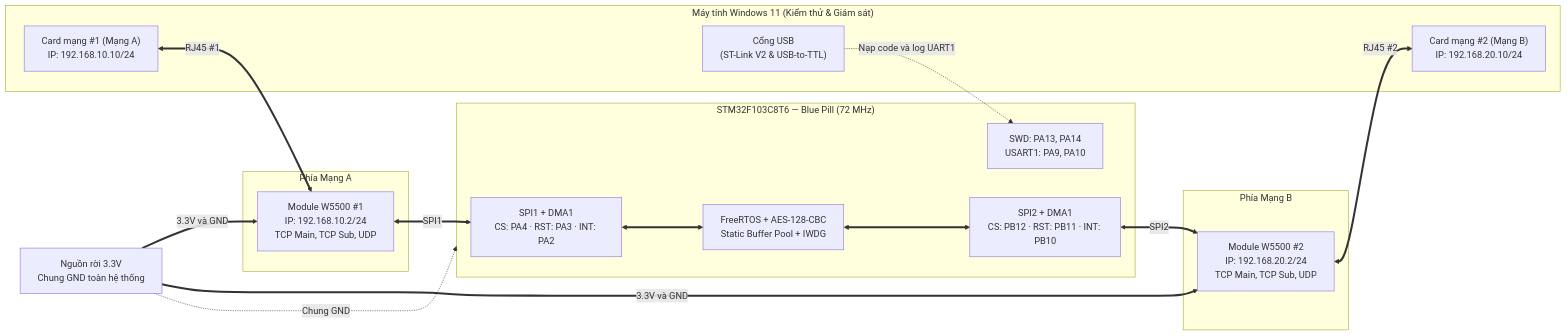
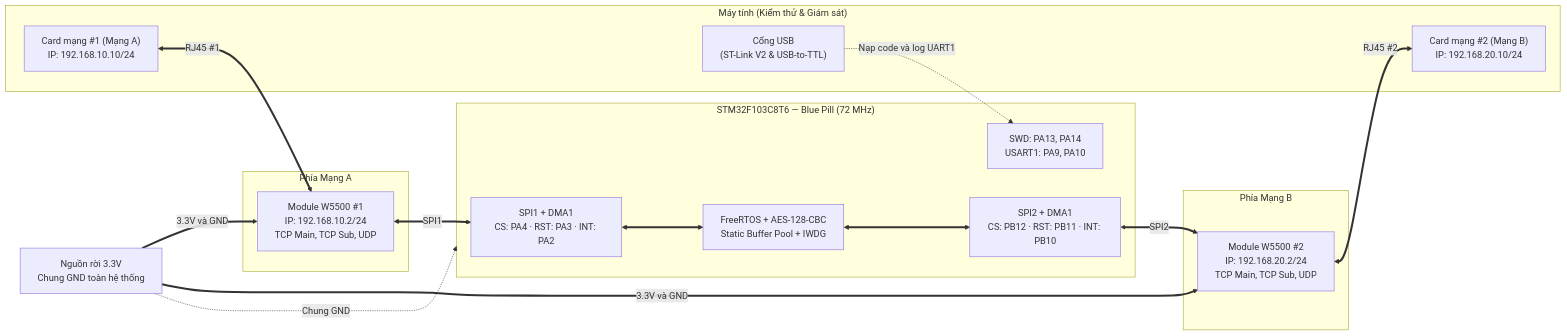
Before and after one commit to Draconic211/Secure_Gateway_AES128_STM32: the diagram in README.md, drawn with Mermaid.

````diff
--- a/README.md
+++ b/README.md
@@ -3,37 +3,37 @@
 ```mermaid
 graph LR
-    subgraph PC["Máy tính Windows 11 (Kiểm thử & Giám sát)"]
+    subgraph PC["Máy tính (Kiểm thử & Giám sát)"]
         NIC_A["Card mạng #1 (Mạng A)<br/>IP: 192.168.10.10/24"]
         NIC_B["Card mạng #2 (Mạng B)<br/>IP: 192.168.20.10/24"]
         USB_DBG["Cổng USB<br/>(ST-Link V2 & USB-to-TTL)"]
     end
 
     subgraph HW_NET_A["Phía Mạng A"]
         W5500_A["Module W5500 #1<br/>IP: 192.168.10.2/24<br/>TCP Main, TCP Sub, UDP"]
     end
 
     subgraph MCU["STM32F103C8T6 — Blue Pill (72 MHz)"]
         SPI1_BUS["SPI1 + DMA1<br/>CS: PA4 · RST: PA3 · INT: PA2"]
         CORE["FreeRTOS + AES-128-CBC<br/>Static Buffer Pool + IWDG"]
         SPI2_BUS["SPI2 + DMA1<br/>CS: PB12 · RST: PB11 · INT: PB10"]
         SWD_UART["SWD: PA13, PA14<br/>USART1: PA9, PA10"]
     end
 
     subgraph HW_NET_B["Phía Mạng B"]
         W5500_B["Module W5500 #2<br/>IP: 192.168.20.2/24<br/>TCP Main, TCP Sub, UDP"]
     end
 
     PWR["Nguồn rời 3.3V<br/>Chung GND toàn hệ thống"]
 
     NIC_A <==>|RJ45 #1| W5500_A
     W5500_A <==>|SPI1| SPI1_BUS
     SPI1_BUS <==> CORE
     CORE <==> SPI2_BUS
     SPI2_BUS <==>|SPI2| W5500_B
     W5500_B <==>|RJ45 #2| NIC_B
 
     USB_DBG -.->|Nạp code và log UART1| SWD_UART
     PWR ==>|3.3V và GND| W5500_A
     PWR ==>|3.3V và GND| W5500_B
     PWR -.->|Chung GND| MCU
 ```
````
